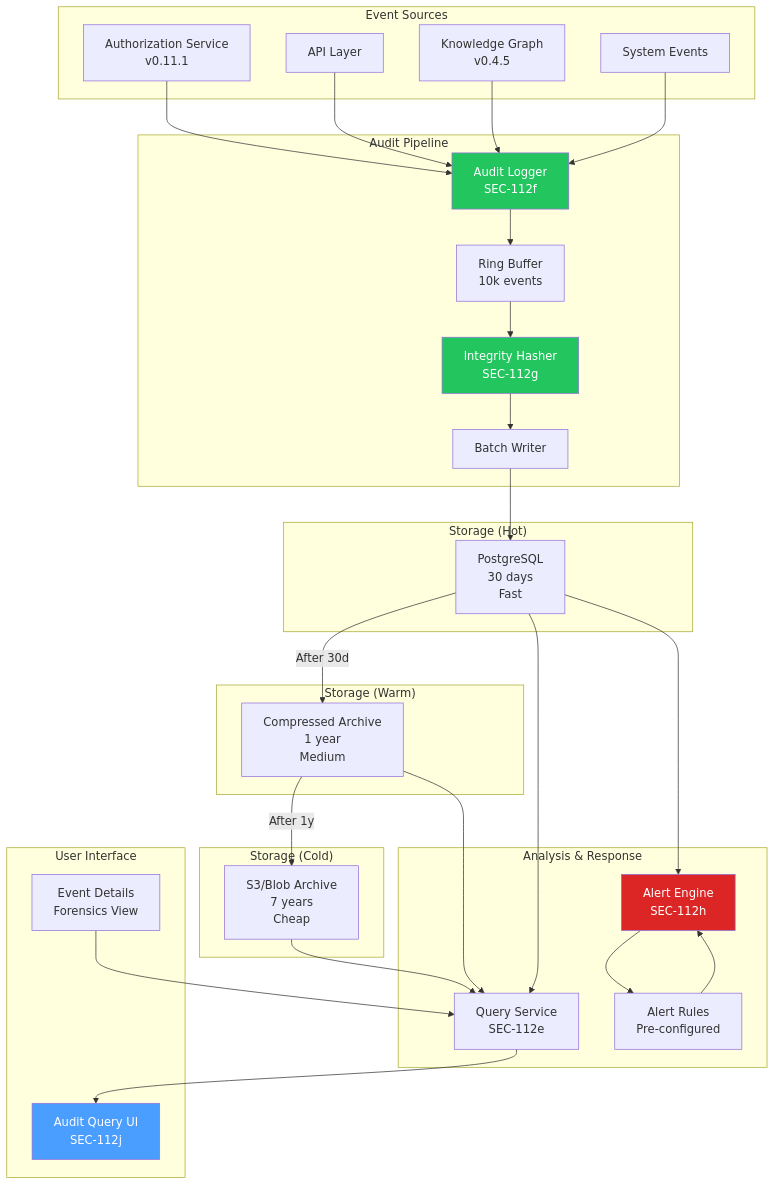
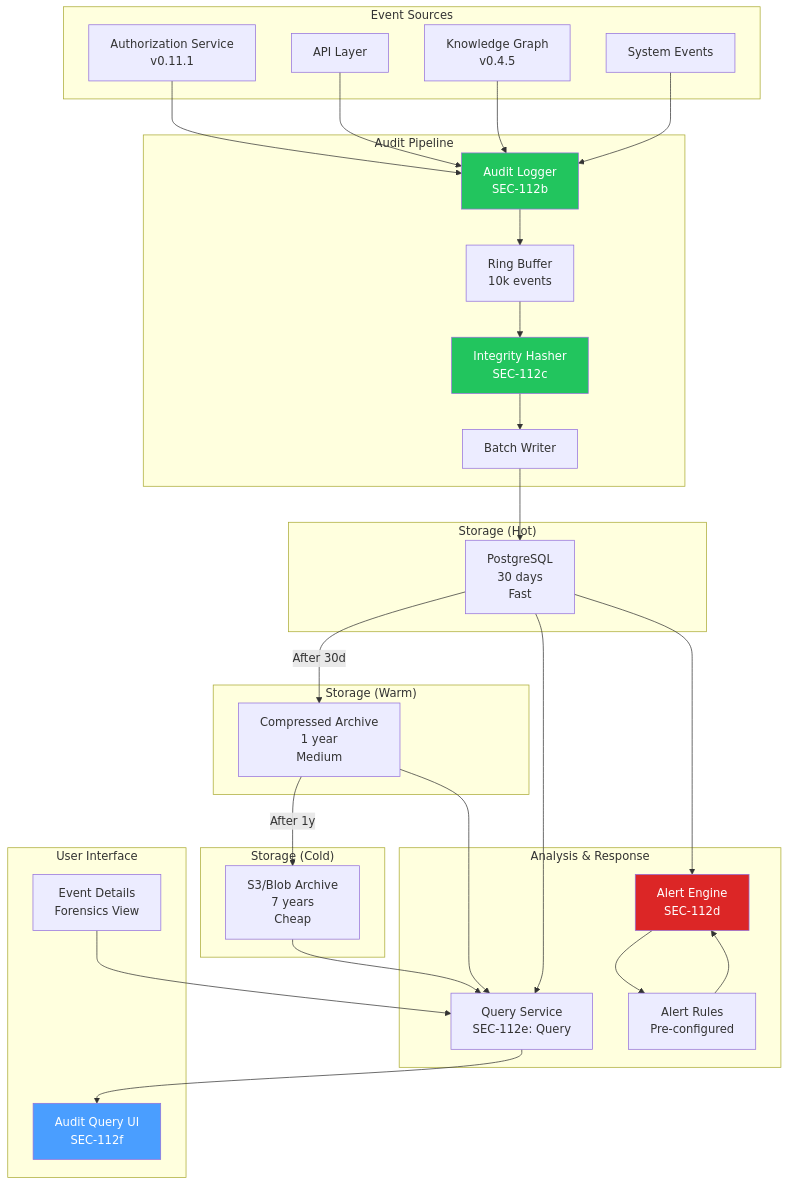
The first of 2 diagrams in docs/specs/v0.11.x/v0.11.2/LCS-DES-v0.11.2-SEC-INDEX.md (southpawriter02/lexichord), drawn with Mermaid before and after one commit. The commit also changed other lines of this file and 74 other files, not shown here.

````diff
--- a/docs/specs/v0.11.x/v0.11.2/LCS-DES-v0.11.2-SEC-INDEX.md
+++ b/docs/specs/v0.11.x/v0.11.2/LCS-DES-v0.11.2-SEC-INDEX.md
@@ -34,67 +34,67 @@
 ```mermaid
 graph TB
     subgraph "Event Sources"
         AUTH["Authorization Service<br/>v0.11.1"]
         API["API Layer"]
         KG["Knowledge Graph<br/>v0.4.5"]
         SYS["System Events"]
     end
 
     subgraph "Audit Pipeline"
-        LOG["Audit Logger<br/>SEC-112f"]
+        LOG["Audit Logger<br/>SEC-112b"]
         BUF["Ring Buffer<br/>10k events"]
-        HASH["Integrity Hasher<br/>SEC-112g"]
+        HASH["Integrity Hasher<br/>SEC-112c"]
         WRT["Batch Writer"]
     end
 
     subgraph "Storage (Hot)"
         PG["PostgreSQL<br/>30 days<br/>Fast"]
     end
 
     subgraph "Storage (Warm)"
         COMP["Compressed Archive<br/>1 year<br/>Medium"]
     end
 
     subgraph "Storage (Cold)"
         S3["S3/Blob Archive<br/>7 years<br/>Cheap"]
     end
 
     subgraph "Analysis & Response"
-        QRY["Query Service<br/>SEC-112e"]
-        ALT["Alert Engine<br/>SEC-112h"]
+        QRY["Query Service<br/>SEC-112e: Query"]
+        ALT["Alert Engine<br/>SEC-112d"]
         RULES["Alert Rules<br/>Pre-configured"]
     end
 
     subgraph "User Interface"
-        UI["Audit Query UI<br/>SEC-112j"]
+        UI["Audit Query UI<br/>SEC-112f"]
         DETAILS["Event Details<br/>Forensics View"]
     end
 
     AUTH --> LOG
     API --> LOG
     KG --> LOG
     SYS --> LOG
 
     LOG --> BUF
     BUF --> HASH
     HASH --> WRT
 
     WRT --> PG
     PG -->|After 30d| COMP
     COMP -->|After 1y| S3
 
     PG --> QRY
     PG --> ALT
     RULES --> ALT
     ALT --> RULES
 
     QRY --> UI
     COMP --> QRY
     S3 --> QRY
     DETAILS --> QRY
 
     style LOG fill:#22c55e,color:#fff
     style HASH fill:#22c55e,color:#fff
     style ALT fill:#dc2626,color:#fff
     style UI fill:#4a9eff,color:#fff
 ```
````
